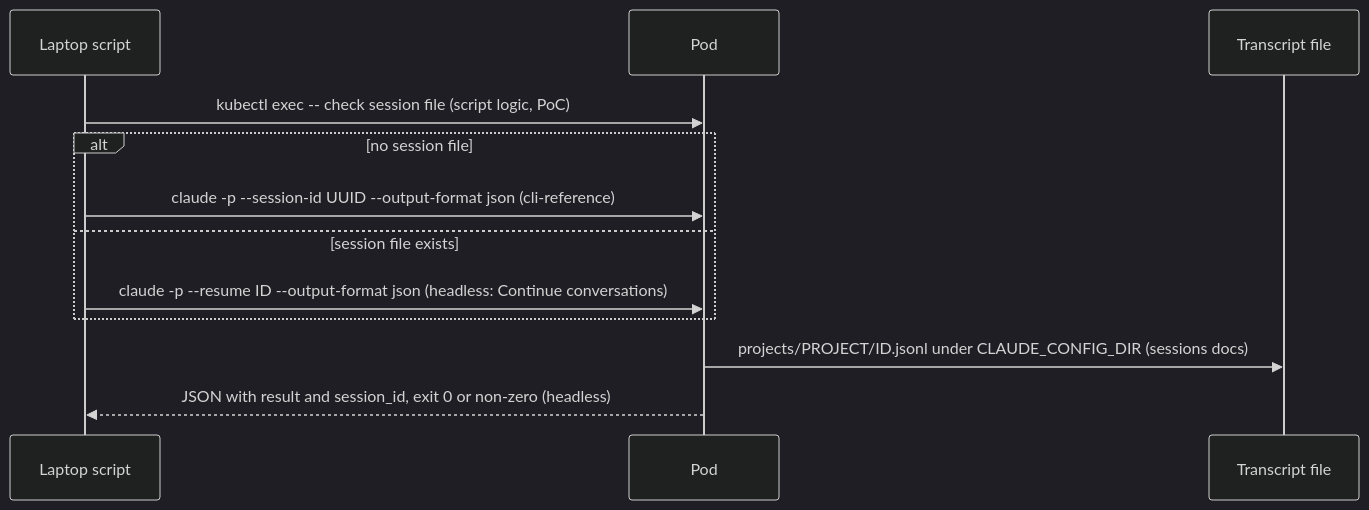
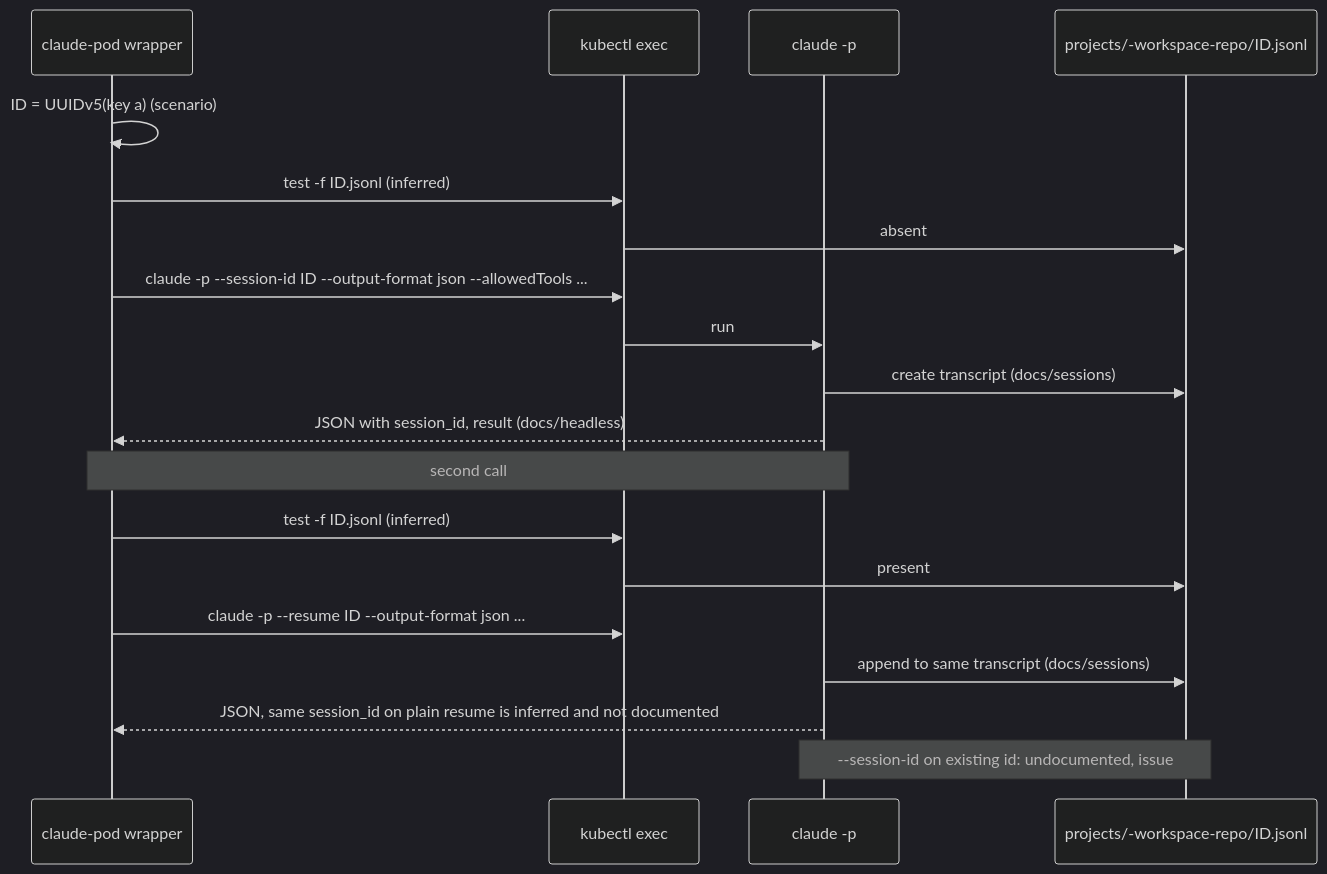
One commit to knwoop/kubernetes-playground changed the eighth of 11 diagrams in gke-claude-agent/research.md. Above: the diagram before and after it, drawn with Mermaid (dark theme). The commit also changed other lines of this file and 1 other file, not shown here.

Commit message:
Redo research for the claude -p via kubectl exec PoC from vendor docs

````diff
--- a/gke-claude-agent/research.md
+++ b/gke-claude-agent/research.md
@@ -81,14 +192,21 @@
 ```mermaid
 sequenceDiagram
-  participant S as Laptop script
-  participant P as Pod
-  participant T as Transcript file
-  S->>P: kubectl exec -- check session file (script logic, PoC)
-  alt no session file
-    S->>P: claude -p --session-id UUID --output-format json (cli-reference)
-  else session file exists
-    S->>P: claude -p --resume ID --output-format json (headless: Continue conversations)
-  end
-  P->>T: projects/PROJECT/ID.jsonl under CLAUDE_CONFIG_DIR (sessions docs)
-  P-->>S: JSON with result and session_id, exit 0 or non-zero (headless)
+  participant W as claude-pod wrapper
+  participant K as kubectl exec
+  participant C as claude -p
+  participant F as projects/-workspace-repo/ID.jsonl
+  W->>W: ID = UUIDv5(key a) (scenario)
+  W->>K: test -f ID.jsonl (inferred)
+  K->>F: absent
+  W->>K: claude -p --session-id ID --output-format json --allowedTools ...
+  K->>C: run
+  C->>F: create transcript (docs/sessions)
+  C-->>W: JSON with session_id, result (docs/headless)
+  Note over W,C: second call
+  W->>K: test -f ID.jsonl (inferred)
+  K->>F: present
+  W->>K: claude -p --resume ID --output-format json ...
+  C->>F: append to same transcript (docs/sessions)
+  C-->>W: JSON, same session_id on plain resume is inferred and not documented
+  Note over C,F: --session-id on existing id: undocumented, issue #86761 reports an error
 ```
````
